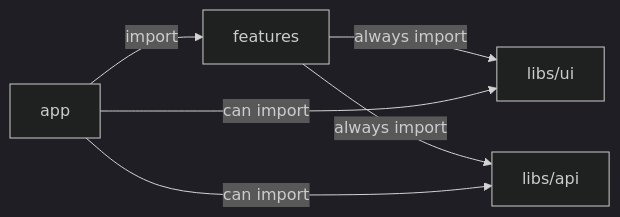
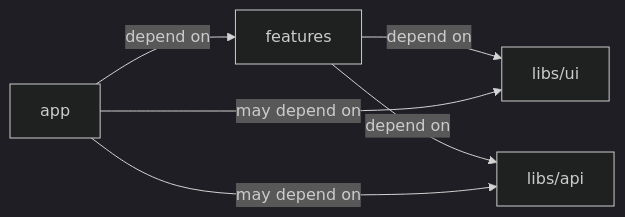
One commit to Vladyslav-Murashchenko/feature-garden changed the diagram in README.md. Above: the diagram before and after it, drawn with Mermaid (dark theme). The commit also changed other lines of this file, not shown here.

````diff
--- a/README.md
+++ b/README.md
@@ -63,13 +62,13 @@
 ```mermaid
 graph LR
     libs-ui["libs/ui"]
     libs-api["libs/api"]
     features["features"]
     app["app"]
 
-    features --> |always import|libs-ui
-    features --> |always import|libs-api
-    app -->|import| features
-    app --> |can import|libs-ui
-    app --> |can import|libs-api
+    features --> |depend on|libs-ui
+    features --> |depend on|libs-api
+    app -->|depend on| features
+    app --> |may depend on|libs-ui
+    app --> |may depend on|libs-api
 ```
````
